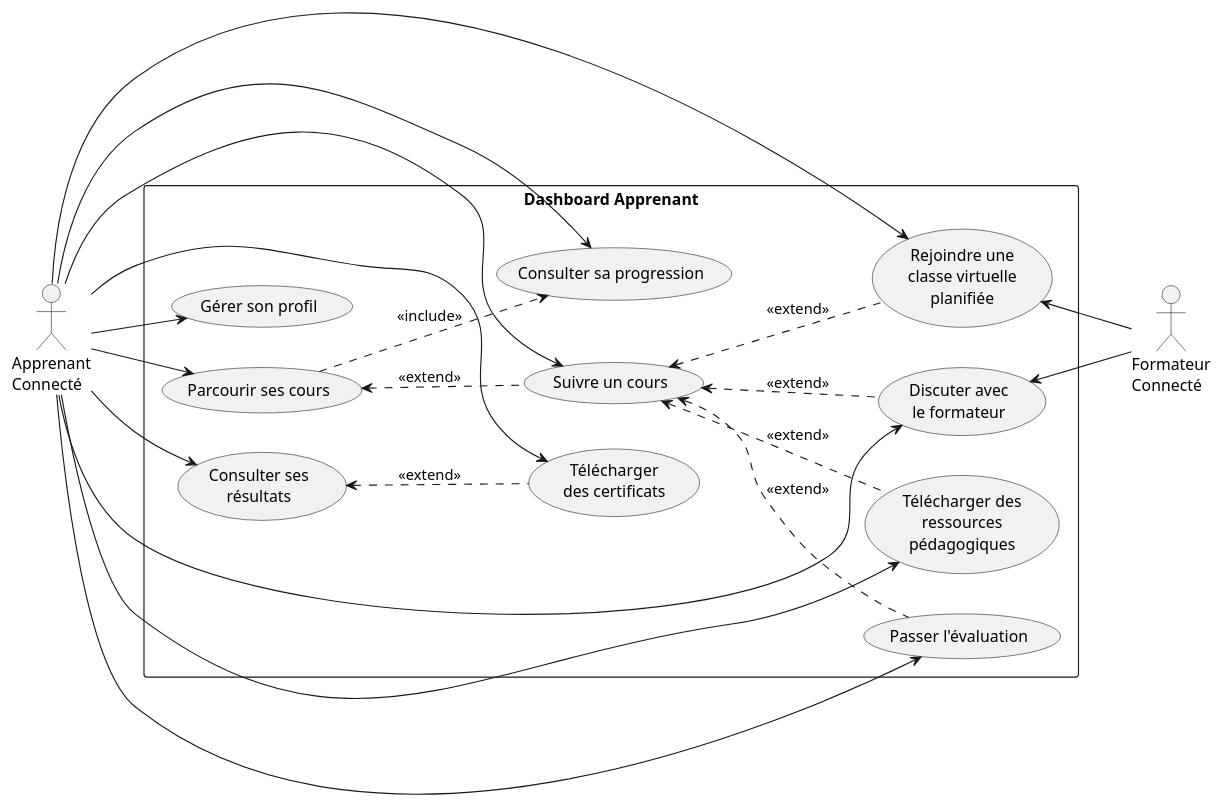
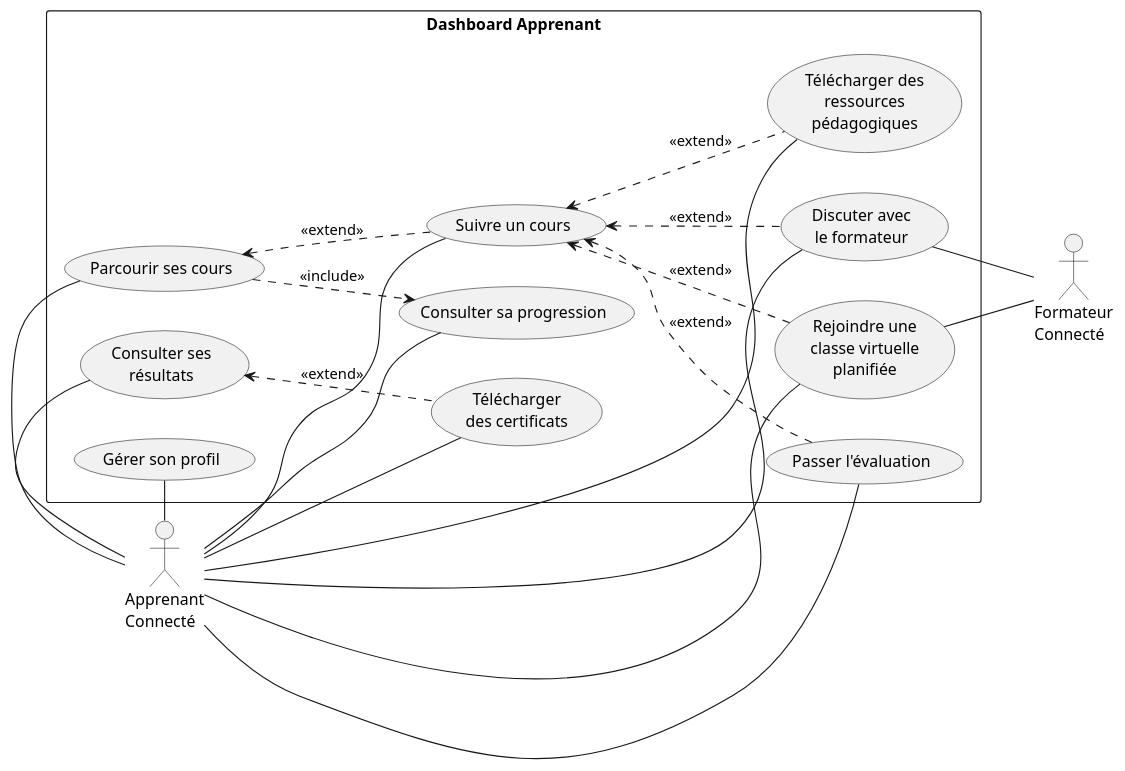
The diagram in conception/cas_utilisation_apprenant.puml (sebcourtois/cda-tunis-formation), drawn with PlantUML before and after one commit. The commit also changed 1 other file, not shown here.

```diff
--- a/conception/cas_utilisation_apprenant.puml
+++ b/conception/cas_utilisation_apprenant.puml
@@ -1,47 +1,49 @@
 @startuml
 left to right direction
 
 actor "Apprenant\nConnecté" as learner
 actor "Formateur\nConnecté" as trainer
 
 rectangle "Dashboard Apprenant" {
   usecase "Gérer son profil" as manageProfile
   usecase "Parcourir ses cours" as browseLessons
   usecase "Suivre un cours" as viewLesson
   usecase "Discuter avec\nle formateur" as talkToTrainer
   usecase "Rejoindre une\nclasse virtuelle\nplanifiée" as joinClassroom
   usecase "Télécharger\ndes certificats" as dnlCertificates
   usecase "Télécharger des\nressources\npédagogiques" as dnlLearningRcs
   usecase "Passer l'évaluation" as takeAssessment
   usecase "Consulter ses\nrésultats" as browseResults
   usecase "Consulter sa progression" as viewProgress
 }
 
+trainer -- talkToTrainer
+trainer -up- joinClassroom
+
+learner -right- manageProfile
+learner -right- browseLessons
+learner -right- browseResults
+learner -right- viewLesson
+learner -right- viewProgress
+learner -right- dnlLearningRcs
+learner -right- talkToTrainer
+learner -right- joinClassroom
+learner -right- takeAssessment
+learner -right- dnlCertificates
+
 browseLessons <.. viewLesson: <<extend>>
 browseLessons ..> viewProgress: <<include>>
 viewLesson <.. joinClassroom: <<extend>>
 viewLesson <.. talkToTrainer: <<extend>>
 viewLesson <.. dnlLearningRcs: <<extend>>
 viewLesson <.. takeAssessment: <<extend>>
 browseResults <.. dnlCertificates: <<extend>>
 
-trainer --> talkToTrainer
-trainer -up-> joinClassroom
 
-learner --> manageProfile
-learner --> browseLessons
-learner --> browseResults
-learner --> viewLesson
-learner --> viewProgress
-learner --> dnlLearningRcs
-learner --> talkToTrainer
-learner --> joinClassroom
-learner --> takeAssessment
-learner --> dnlCertificates
 
 
 
 
 
 
 @enduml
```
